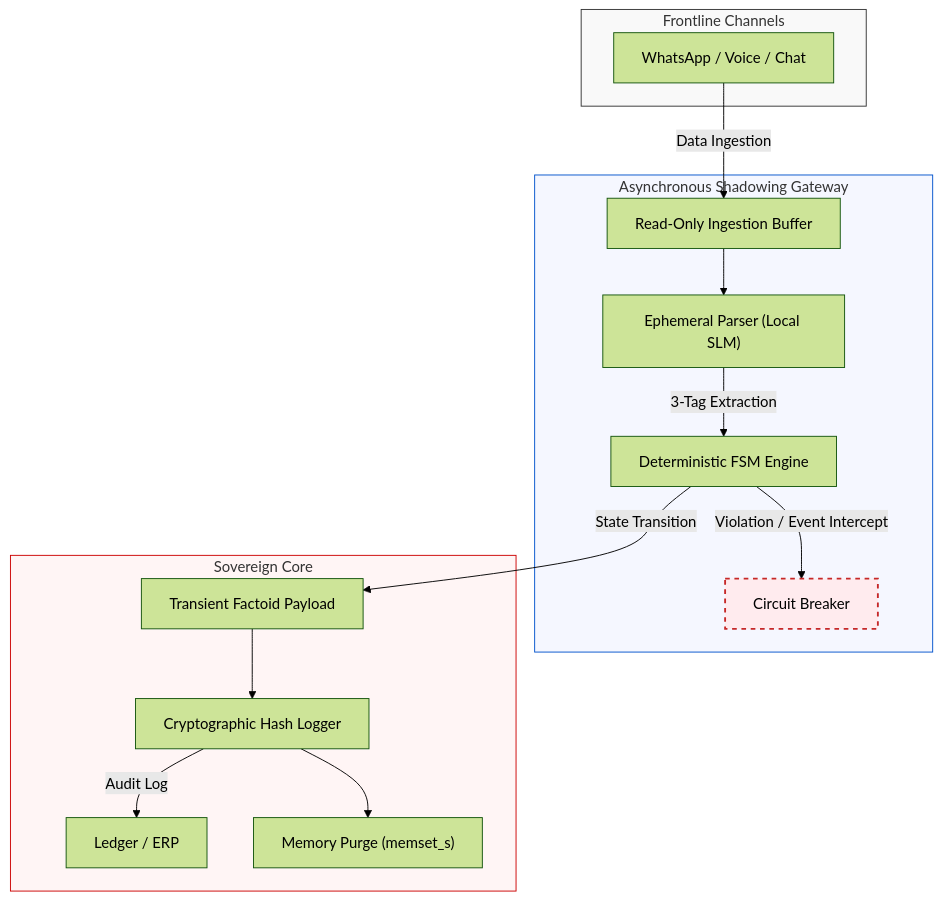
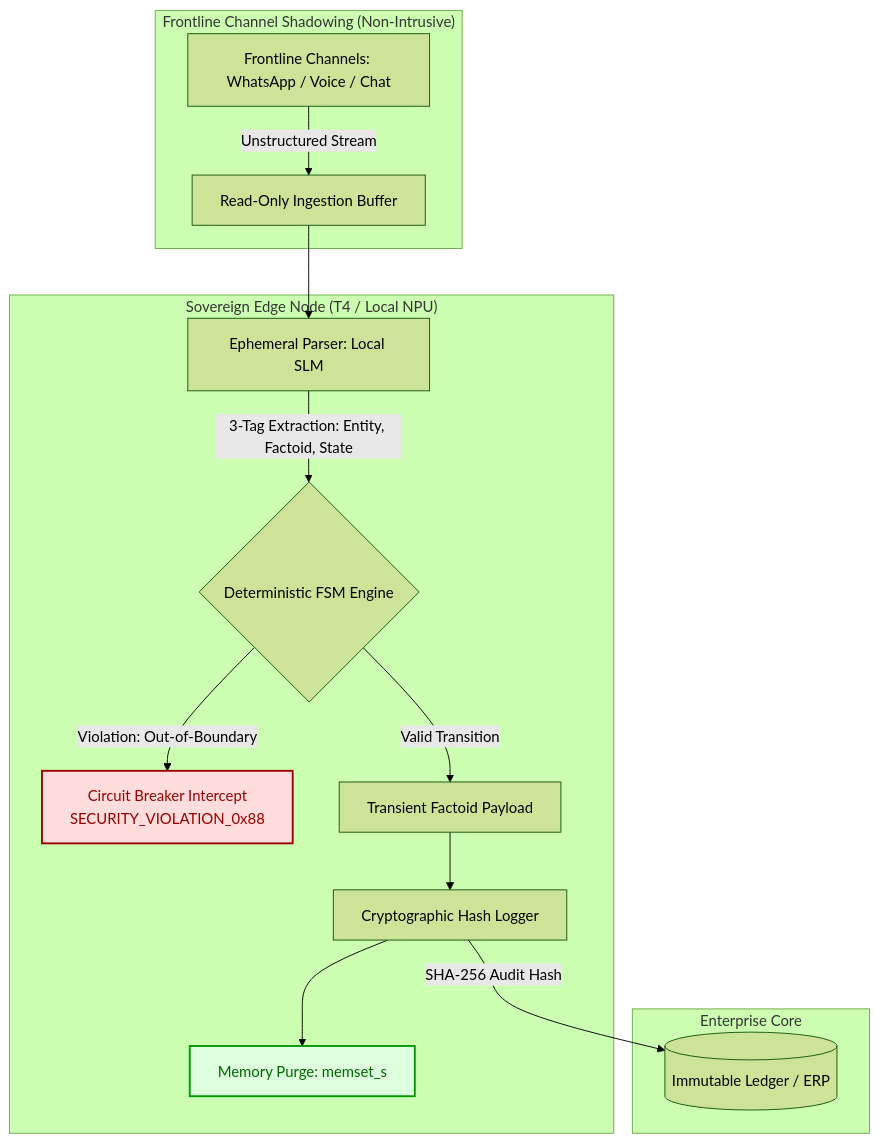
The diagram in use-cases/shadow-diagnostic-engine/README.md (26200602/SIA-Agentic-AI-Architecture), drawn with Mermaid (forest theme) before and after one commit. The commit also changed other lines of this file, not shown here.

````diff
--- a/use-cases/shadow-diagnostic-engine/README.md
+++ b/use-cases/shadow-diagnostic-engine/README.md
@@ -23,37 +22,26 @@
 ```mermaid
 graph TD
-    %% 定義三個主要架構區域 (Subgraphs)
-    subgraph Frontline ["Frontline Channels"]
-        FC["WhatsApp / Voice / Chat"]
+    subgraph Ingestion ["Frontline Channel Shadowing (Non-Intrusive)"]
+        A[Frontline Channels: WhatsApp / Voice / Chat] -->|Unstructured Stream| B[Read-Only Ingestion Buffer]
     end
 
-    subgraph Gateway ["Asynchronous Shadowing Gateway"]
-        IB["Read-Only Ingestion Buffer"]
-        EP["Ephemeral Parser (Local SLM)"]
-        FSM["Deterministic FSM Engine"]
-        CB["Circuit Breaker"]
+    subgraph Execution ["Sovereign Edge Node (T4 / Local NPU)"]
+        B --> C[Ephemeral Parser: Local SLM]
+        C -->|3-Tag Extraction: Entity, Factoid, State| D{Deterministic FSM Engine}
+        
+        D -->|Violation: Out-of-Boundary| E[Circuit Breaker Intercept\nSECURITY_VIOLATION_0x88]
+        
+        D -->|Valid Transition| F[Transient Factoid Payload]
+        F --> G[Cryptographic Hash Logger]
+        G --> H[Memory Purge: memset_s]
     end
 
-    subgraph Core ["Sovereign Core"]
-        TFP["Transient Factoid Payload"]
-        CHL["Cryptographic Hash Logger"]
-        ERP["Ledger / ERP"]
-        MP["Memory Purge (memset_s)"]
+    subgraph Immutable ["Enterprise Core"]
+        G -->|SHA-256 Audit Hash| I[(Immutable Ledger / ERP)]
     end
 
-    %% 連接同埋流程邏輯
-    FC -->|Data Ingestion| IB
-    IB --> EP
-    EP -->|3-Tag Extraction| FSM
-    FSM -->|Violation / Event Intercept| CB
-    FSM -->|State Transition| TFP
-    TFP --> CHL
-    CHL -->|Audit Log| ERP
-    CHL --> MP
-
-    %% 樣式美化
-    style Frontline fill:#f9f9f9,stroke:#333,stroke-width:1px
-    style Gateway fill:#f5f7ff,stroke:#0052cc,stroke-width:1px
-    style Core fill:#fff5f5,stroke:#cc0000,stroke-width:1px
-    style CB fill:#ffebee,stroke:#c62828,stroke-width:2px,stroke-dasharray: 5 5
+    classDef danger fill:#ffdddd,stroke:#990000,stroke-width:2px,color:#990000;
+    classDef success fill:#ddffdd,stroke:#009900,stroke-width:2px,color:#006600;
+    class E danger;
+    class H success;
 ```
````
